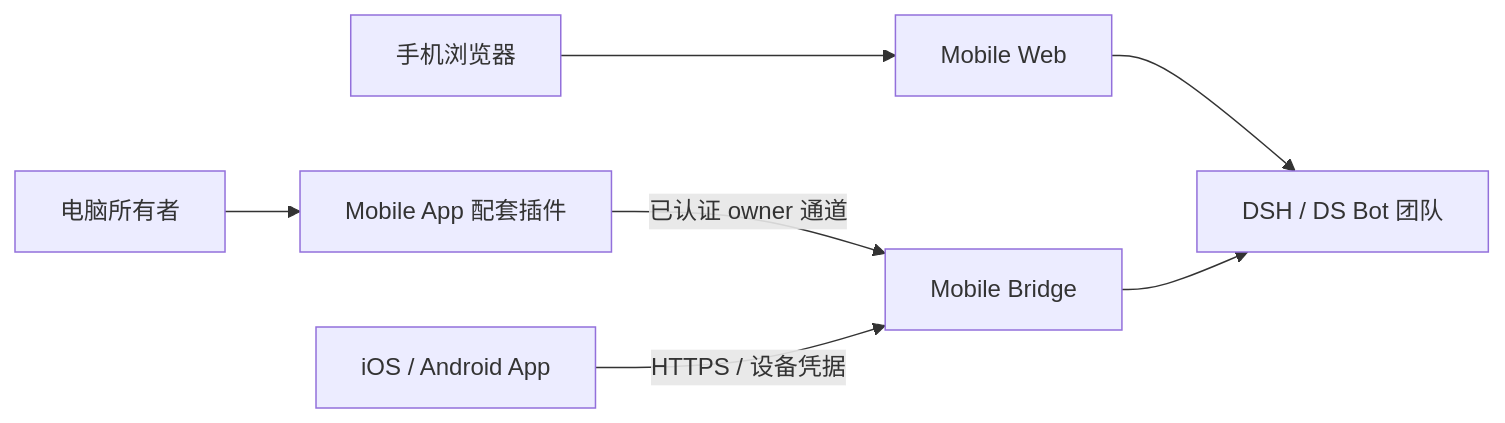
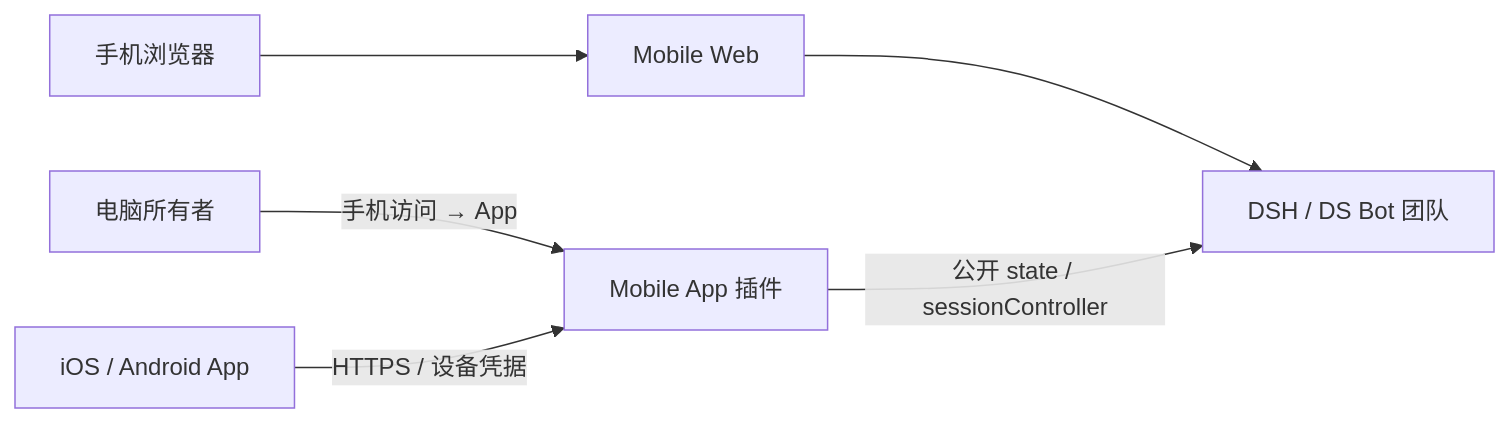
One commit to MuQY1818/ds-bot-mobile-app changed the diagram in docs/plugins.md. Above: the diagram before and after it, drawn with Mermaid. The commit also changed other lines of this file and 66 other files, not shown here.

First line of the commit message:
BR027: merge ds-bot-mobile-bridge into ds-bot-mobile-app 0.3.0

````diff
--- a/docs/plugins.md
+++ b/docs/plugins.md
@@ -20,9 +17,8 @@
 ```mermaid
 flowchart LR
     Browser[手机浏览器] --> Web[Mobile Web]
     Web --> DSH[DSH / DS Bot 团队]
-    Owner[电脑所有者] --> Companion[Mobile App 配套插件]
-    Companion -->|已认证 owner 通道| Bridge[Mobile Bridge]
-    Native[iOS / Android App] -->|HTTPS / 设备凭据| Bridge
-    Bridge --> DSH
+    Owner[电脑所有者] -->|手机访问 → App| AppPlugin[Mobile App 插件]
+    Native[iOS / Android App] -->|HTTPS / 设备凭据| AppPlugin
+    AppPlugin -->|公开 state / sessionController| DSH
 ```
````
